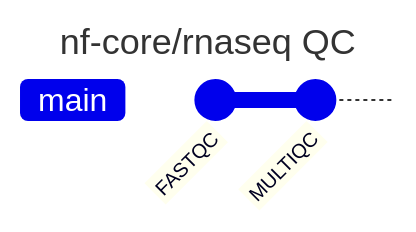
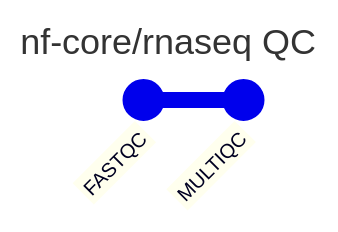
One commit to Skitionek/nf-mapper changed the first of 3 diagrams in README.md. Above: the diagram before and after it, drawn with Mermaid. The commit also changed other lines of this file and 7 other files, not shown here.

First line of the commit message:
Add gitGraph config overrides, parallelCommits default, in-place Markdown update, and preset-driven regeneration (#2)

````diff
--- a/README.md
+++ b/README.md
@@ -87,8 +105,10 @@
 ```mermaid
 ---
 title: nf-core/rnaseq QC
 ---
-gitGraph
+%%{init: {'gitGraph': {'showBranches': false, 'parallelCommits': true}} }%%
+gitGraph LR:
+   checkout main
    commit id: "FASTQC"
    commit id: "MULTIQC"
 ```
````
